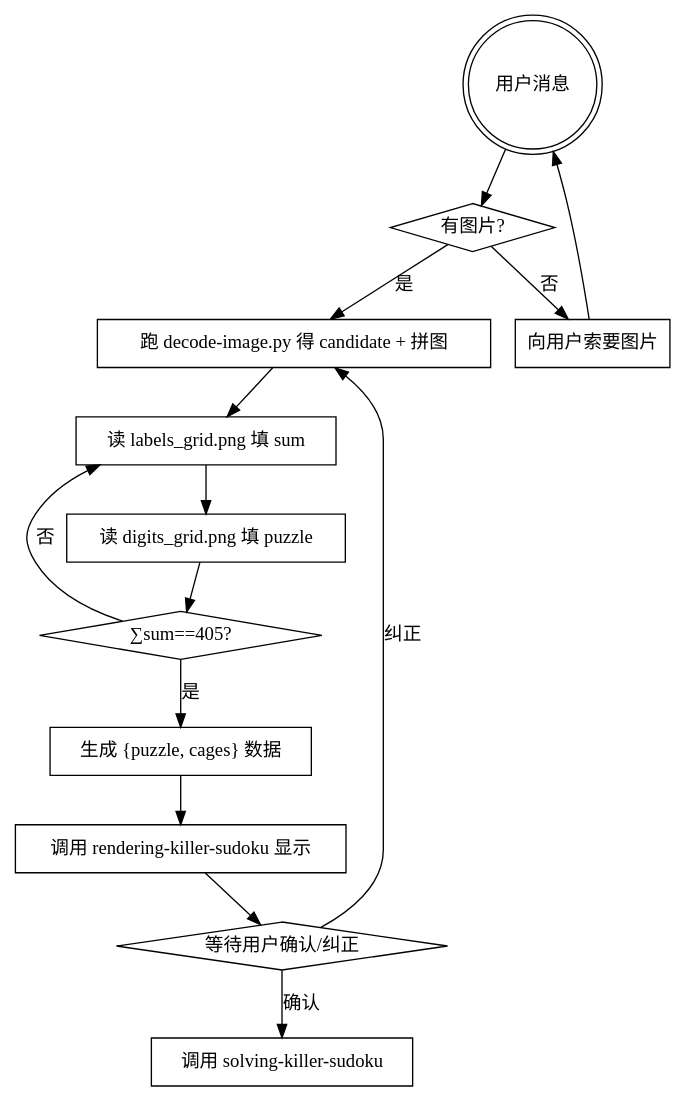
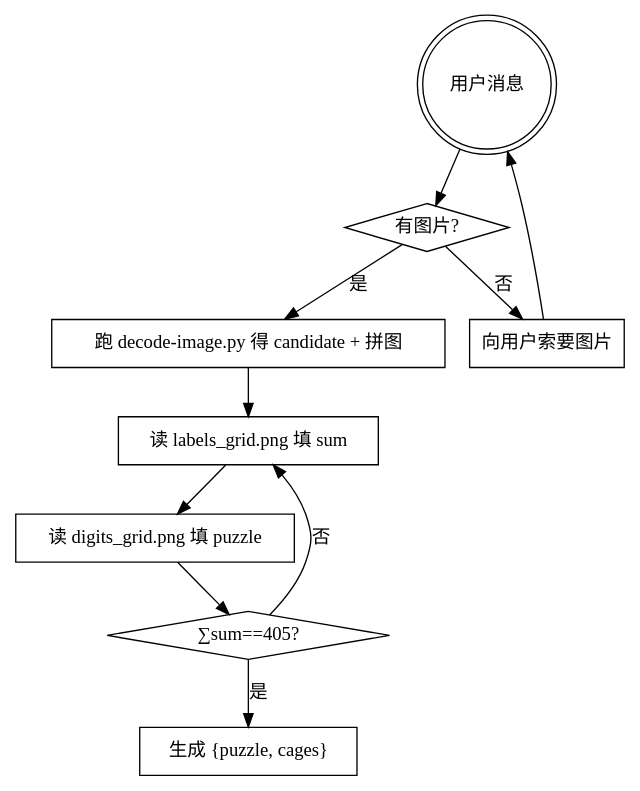
One commit to HakurouKen/puzzle-solver changed the diagram in packages/killer-sudoku/skills/decoding-killer-sudoku/SKILL.md. Above: the diagram before and after it, drawn with Graphviz. The commit also changed other lines of this file and 12 other files, not shown here.

Commit message:
refactor(killer-sudoku): split solve and resolve skills

````diff
--- a/packages/killer-sudoku/skills/decoding-killer-sudoku/SKILL.md
+++ b/packages/killer-sudoku/skills/decoding-killer-sudoku/SKILL.md
@@ -12,27 +12,20 @@
 ```dot
 digraph flow {
     "用户消息" [shape=doublecircle];
     "有图片?" [shape=diamond];
     "向用户索要图片" [shape=box];
     "跑 decode-image.py 得 candidate + 拼图" [shape=box];
     "读 labels_grid.png 填 sum" [shape=box];
     "读 digits_grid.png 填 puzzle" [shape=box];
     "∑sum==405?" [shape=diamond];
-    "生成 {puzzle, cages} 数据" [shape=box];
-    "调用 rendering-killer-sudoku 显示" [shape=box];
-    "等待用户确认/纠正" [shape=diamond];
-    "调用 solving-killer-sudoku" [shape=box];
+    "生成 {puzzle, cages}" [shape=box];
     "用户消息" -> "有图片?";
     "有图片?" -> "跑 decode-image.py 得 candidate + 拼图" [label="是"];
     "有图片?" -> "向用户索要图片" [label="否"];
     "向用户索要图片" -> "用户消息";
     "跑 decode-image.py 得 candidate + 拼图" -> "读 labels_grid.png 填 sum"
         -> "读 digits_grid.png 填 puzzle" -> "∑sum==405?";
     "∑sum==405?" -> "读 labels_grid.png 填 sum" [label="否"];
-    "∑sum==405?" -> "生成 {puzzle, cages} 数据" [label="是"];
-    "生成 {puzzle, cages} 数据" -> "调用 rendering-killer-sudoku 显示"
-        -> "等待用户确认/纠正";
-    "等待用户确认/纠正" -> "调用 solving-killer-sudoku" [label="确认"];
-    "等待用户确认/纠正" -> "跑 decode-image.py 得 candidate + 拼图" [label="纠正"];
+    "∑sum==405?" -> "生成 {puzzle, cages}" [label="是"];
 }
 ```
````
